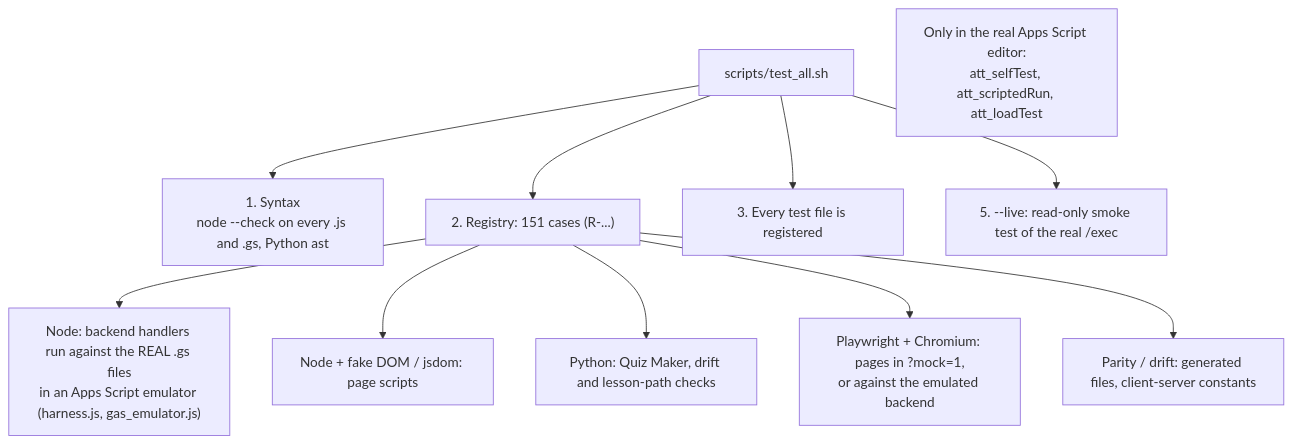
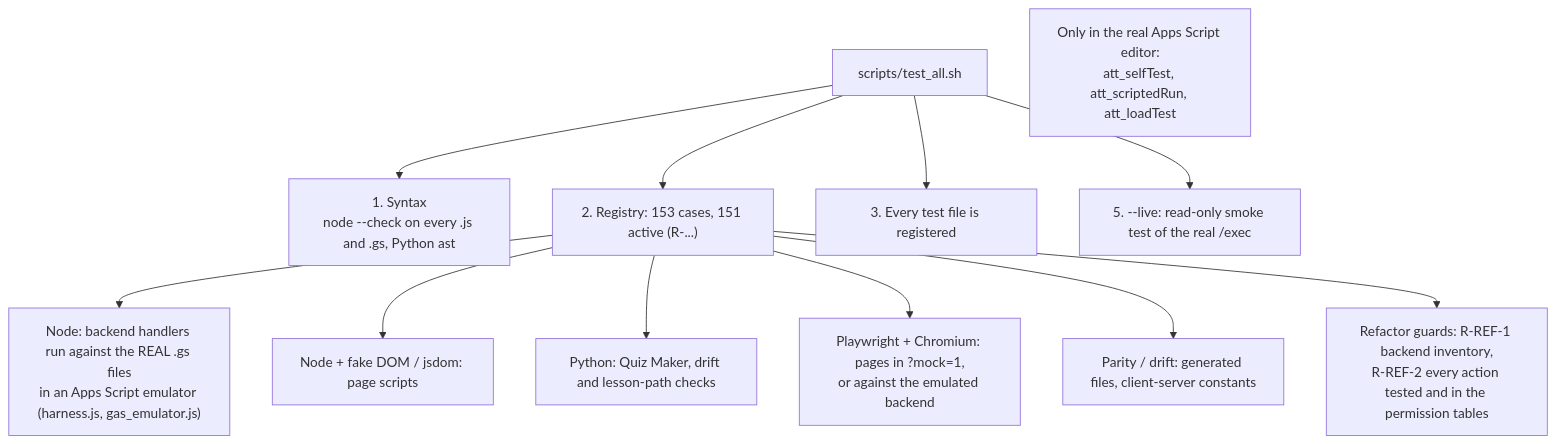
Before and after one commit to EzzNasr/teaching.ezznasr.dev: diagram 15 of 15 in docs/handoff/system-diagrams.md, drawn with Mermaid. The commit also changed 2 other files, not shown here.

Commit message:
Docs: refactor log status and next steps; test counts in the handoff guide

````diff
--- a/docs/handoff/system-diagrams.md
+++ b/docs/handoff/system-diagrams.md
@@ -478,16 +478,17 @@
 ```mermaid
 flowchart TB
   gate["scripts/test_all.sh"]
   gate --> syn["1. Syntax<br/>node --check on every .js and .gs, Python ast"]
-  gate --> regi["2. Registry: 151 cases (R-...)"]
+  gate --> regi["2. Registry: 153 cases, 151 active (R-...)"]
   gate --> orph["3. Every test file is registered"]
   gate --> livet["5. --live: read-only smoke test of the real /exec"]
 
   regi --> unit["Node: backend handlers run against the REAL .gs files<br/>in an Apps Script emulator (harness.js, gas_emulator.js)"]
   regi --> dom["Node + fake DOM / jsdom: page scripts"]
   regi --> py["Python: Quiz Maker, drift and lesson-path checks"]
   regi --> e2e["Playwright + Chromium: pages in ?mock=1,<br/>or against the emulated backend"]
   regi --> parity["Parity / drift: generated files, client-server constants"]
+  regi --> guards["Refactor guards: R-REF-1 backend inventory,<br/>R-REF-2 every action tested and in the permission tables"]
 
   editor["Only in the real Apps Script editor:<br/>att_selfTest, att_scriptedRun, att_loadTest"]
 ```
````
